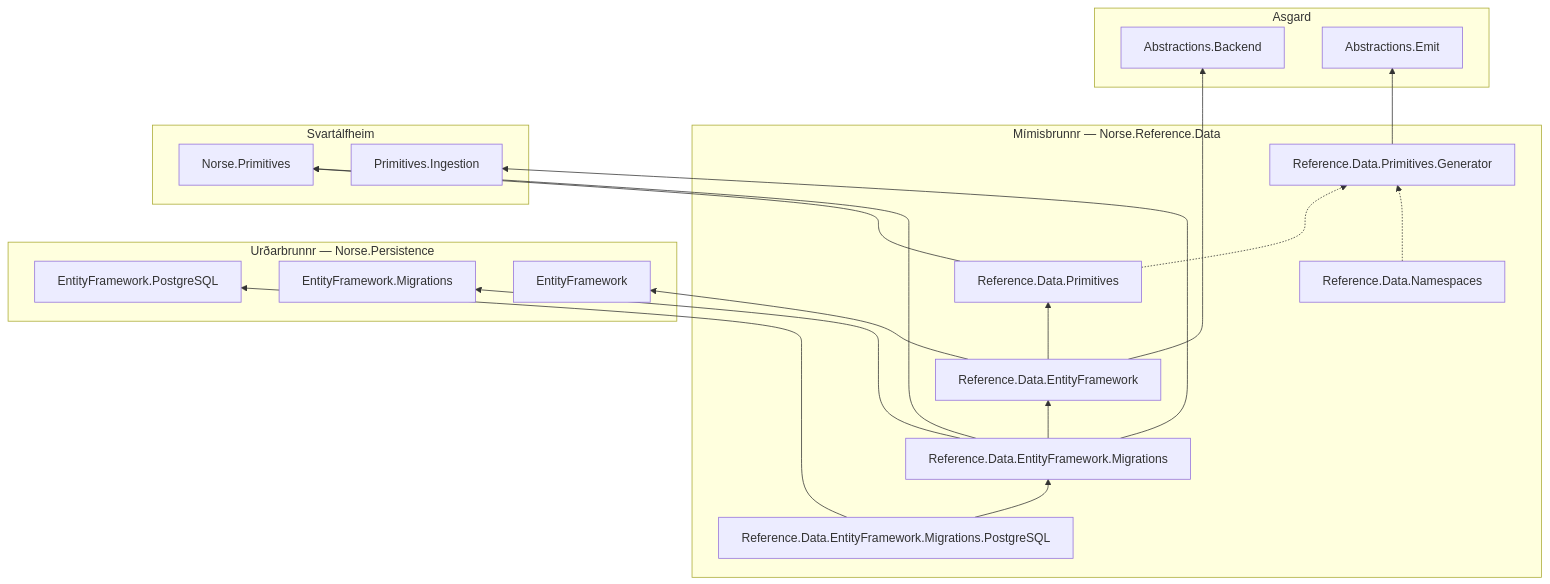
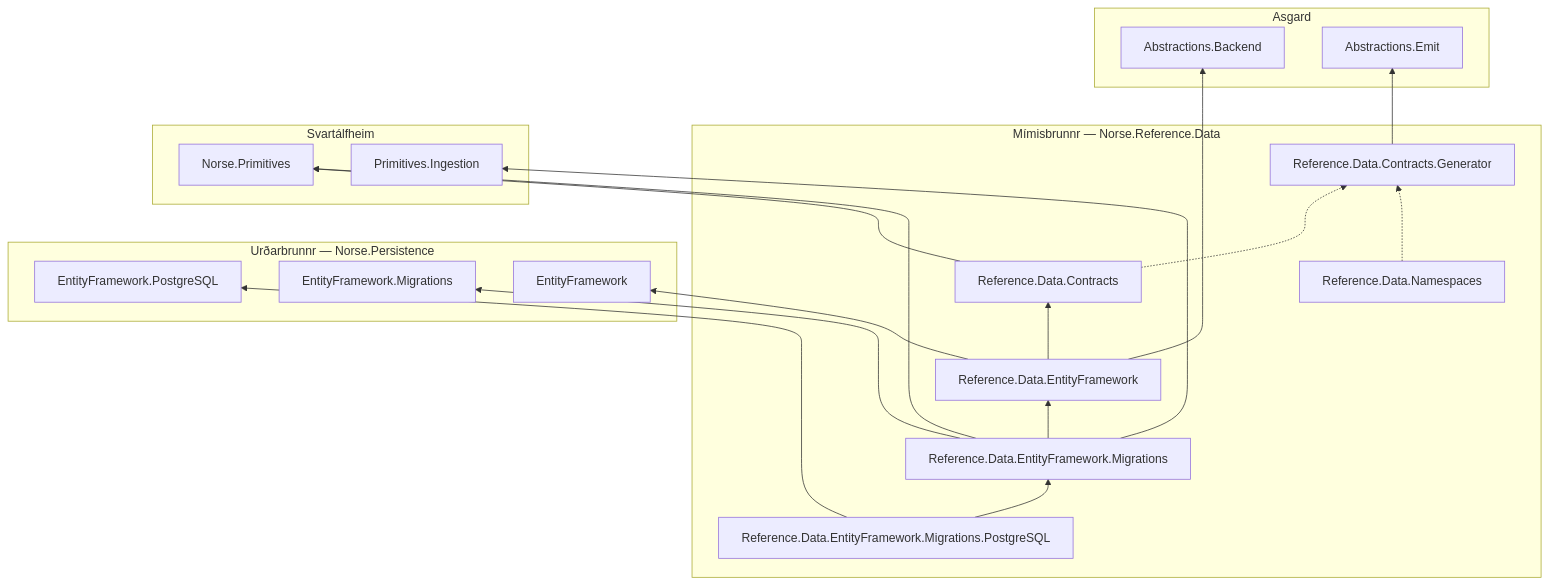
The first of 2 diagrams in README.md (NorseArchitecture/Mimisbrunnr), drawn with Mermaid before and after one commit. The commit also changed other lines of this file and 28 other files, not shown here.

````diff
--- a/README.md
+++ b/README.md
@@ -17,37 +17,37 @@
 ```mermaid
 flowchart BT
 	subgraph Mimisbrunnr["Mímisbrunnr — Norse.Reference.Data"]
 		MigrationsPg["Reference.Data.EntityFramework.Migrations.PostgreSQL"]
 		Migrations["Reference.Data.EntityFramework.Migrations"]
 		EntityFramework["Reference.Data.EntityFramework"]
-		RefPrimitives["Reference.Data.Primitives"]
+		RefPrimitives["Reference.Data.Contracts"]
 		Namespaces["Reference.Data.Namespaces"]
-		Generator["Reference.Data.Primitives.Generator"]
+		Generator["Reference.Data.Contracts.Generator"]
 	end
 	subgraph Asgard
 		Backend["Abstractions.Backend"]
 		Emit["Abstractions.Emit"]
 	end
 	subgraph Urdarbrunnr["Urðarbrunnr — Norse.Persistence"]
 		PEFPg["EntityFramework.PostgreSQL"]
 		PEFMigrations["EntityFramework.Migrations"]
 		PEF["EntityFramework"]
 	end
 	subgraph Svartalfheim["Svartálfheim"]
 		Primitives["Norse.Primitives"]
 		Ingestion["Primitives.Ingestion"]
 	end
 	EntityFramework --> RefPrimitives
 	EntityFramework --> Backend
 	EntityFramework --> PEF
 	RefPrimitives --> Primitives
 	Migrations --> EntityFramework
 	Migrations --> PEFMigrations
 	Migrations --> Primitives
 	Migrations --> Ingestion
 	MigrationsPg --> Migrations
 	MigrationsPg --> PEFPg
 	RefPrimitives -.-> Generator
 	Namespaces -.-> Generator
 	Generator --> Emit
 ```
````
